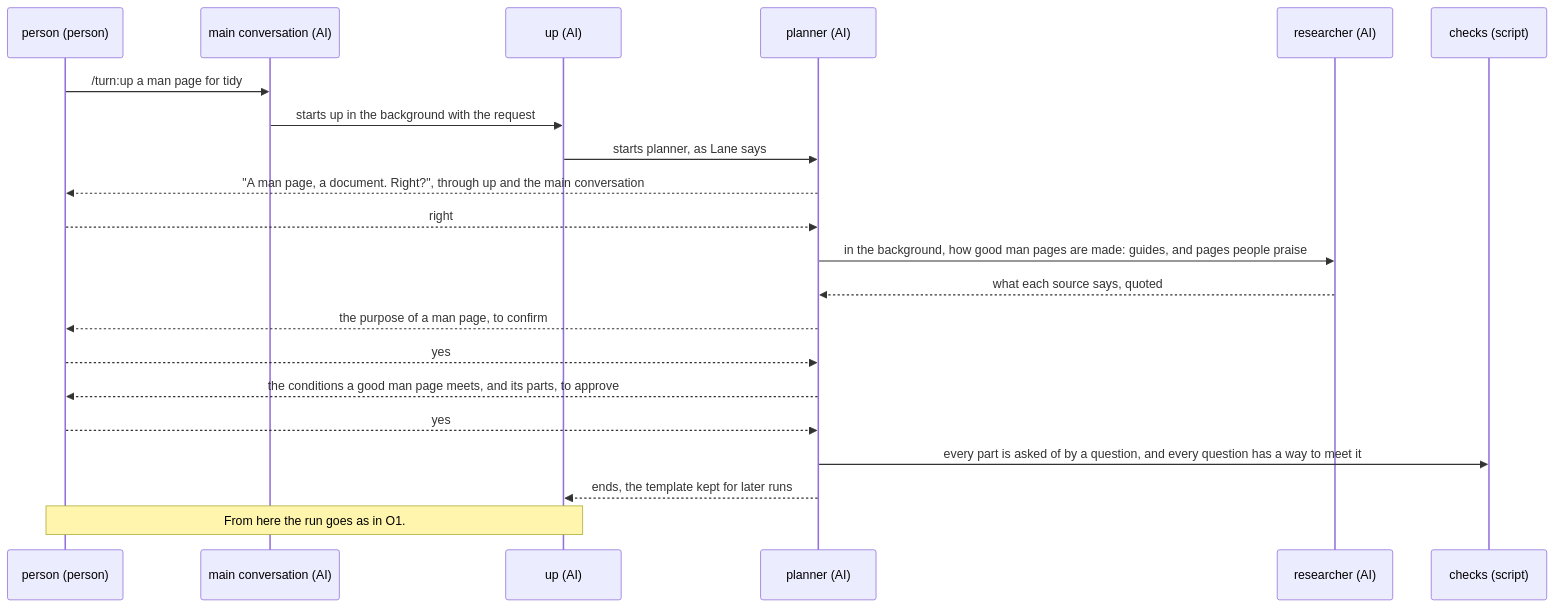
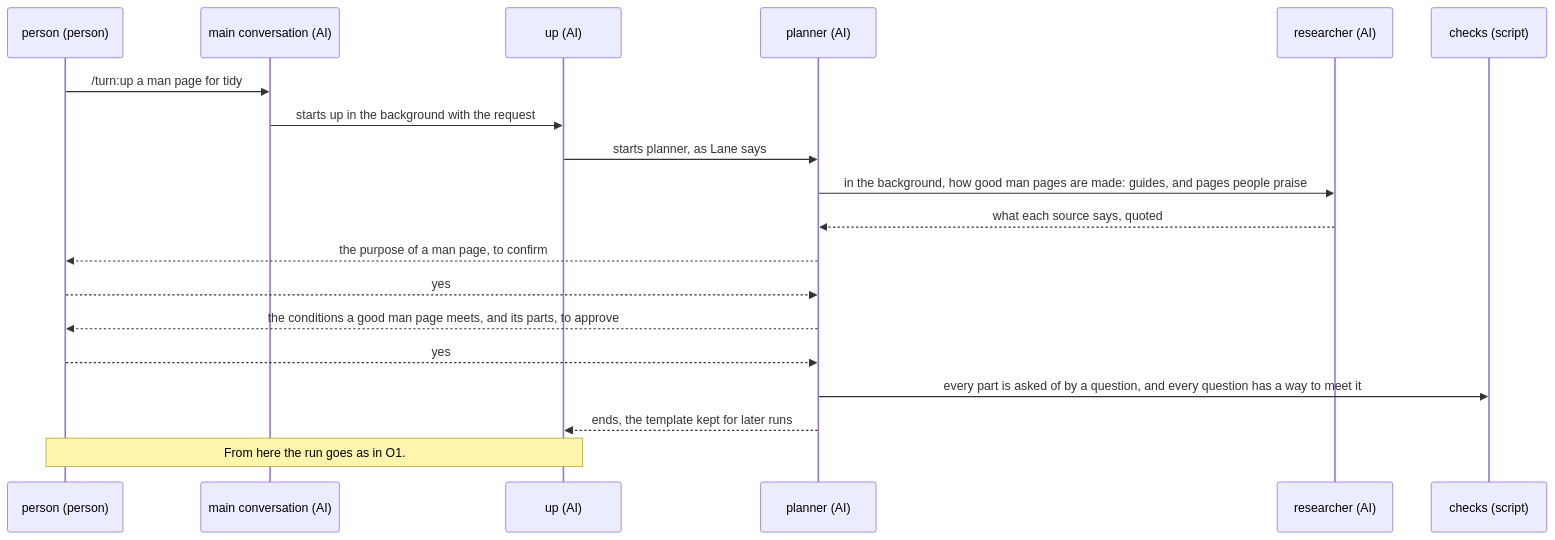
The second of 3 diagrams in dev/turn/ux.md (lovaizu/ccpm), drawn with Mermaid before and after one commit. The commit also changed other lines of this file and 4 other files, not shown here.

````diff
--- a/dev/turn/ux.md
+++ b/dev/turn/ux.md
@@ -139,23 +138,21 @@
 ```mermaid
 sequenceDiagram
   participant P as person (person)
   participant M as main conversation (AI)
   participant U as up (AI)
   participant PL as planner (AI)
   participant R as researcher (AI)
   participant C as checks (script)
   P->>M: /turn:up a man page for tidy
   M->>U: starts up in the background with the request
   U->>PL: starts planner, as Lane says
-  PL-->>P: "A man page, a document. Right?", through up and the main conversation
-  P-->>PL: right
   PL->>R: in the background, how good man pages are made: guides, and pages people praise
   R-->>PL: what each source says, quoted
   PL-->>P: the purpose of a man page, to confirm
   P-->>PL: yes
   PL-->>P: the conditions a good man page meets, and its parts, to approve
   P-->>PL: yes
   PL->>C: every part is asked of by a question, and every question has a way to meet it
   PL-->>U: ends, the template kept for later runs
   Note over P,U: From here the run goes as in O1.
 ```
````
